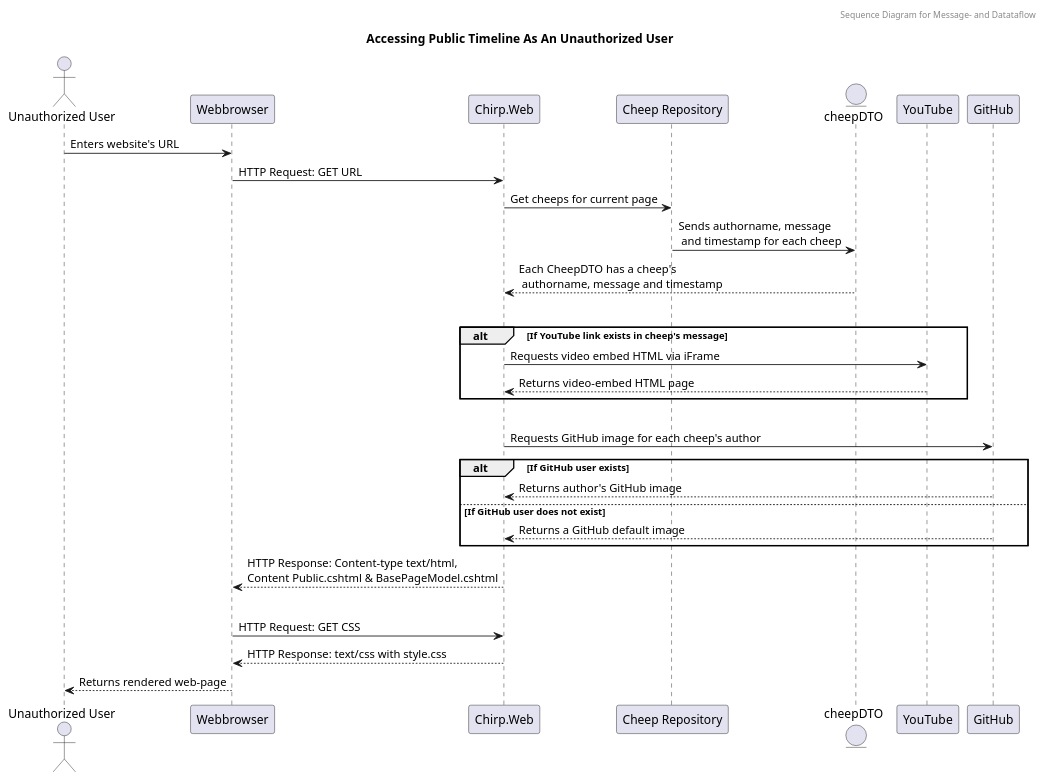
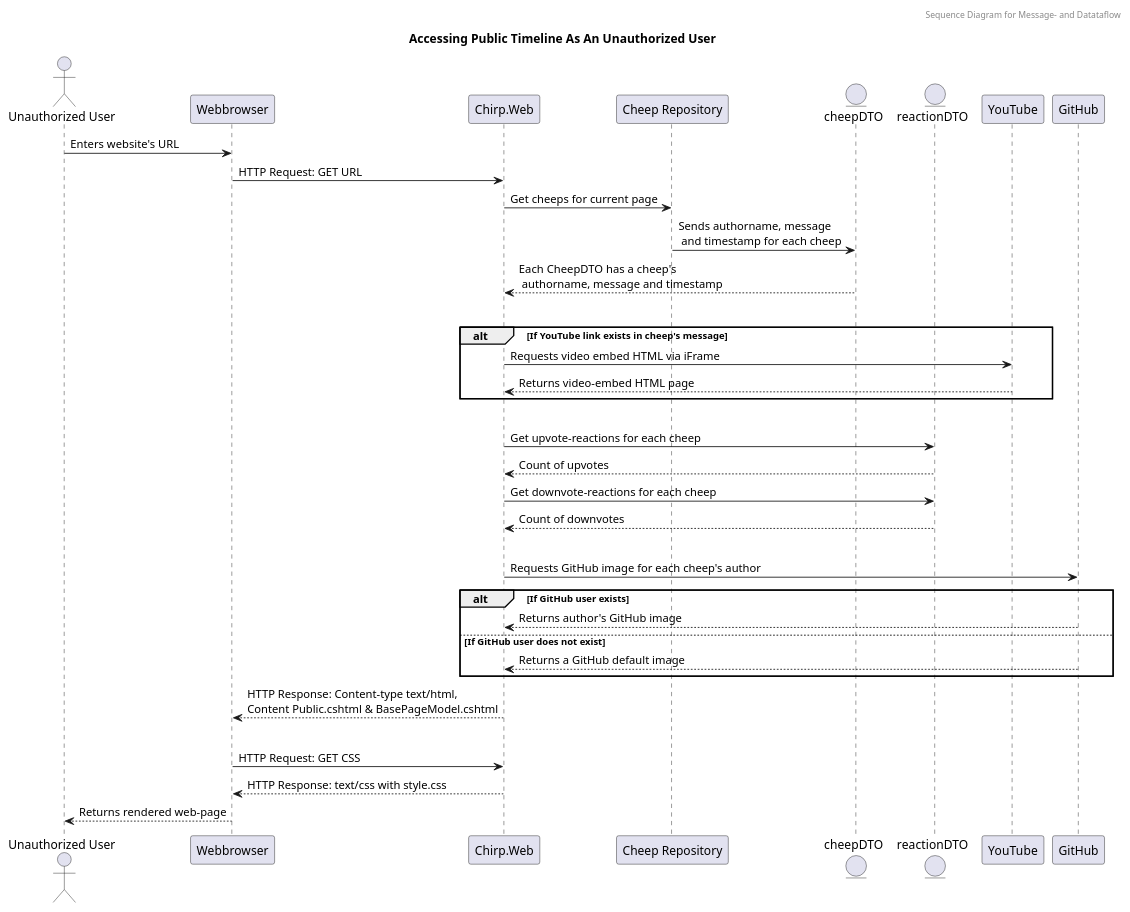
Before and after one commit to ITU-BDSA23-GROUP10/Chirp: the diagram in docs/report_diagrams/UML_sequence_diagrams/msg_data_flow_UML_seq.puml, drawn with PlantUML.

Commit message:
Added reactionDTO figure.

```diff
--- a/docs/report_diagrams/UML_sequence_diagrams/msg_data_flow_UML_seq.puml
+++ b/docs/report_diagrams/UML_sequence_diagrams/msg_data_flow_UML_seq.puml
@@ -1,39 +1,45 @@
 @startuml
 header Sequence Diagram for Message- and Datataflow
 Title Accessing Public Timeline As An Unauthorized User
 
 
 actor "Unauthorized User" as UnauthorizedUser
 participant "Webbrowser" as Browser
 participant "Chirp.Web" as ChirpWeb
 participant "Cheep Repository" as CheepRepo
 entity cheepDTO as CheepDTO
+entity reactionDTO as ReactionDTO
 
 UnauthorizedUser -> Browser: Enters website's URL
 Browser -> ChirpWeb: HTTP Request: GET URL
 
 ChirpWeb -> CheepRepo: Get cheeps for current page
 CheepRepo -> CheepDTO: Sends authorname, message \n and timestamp for each cheep
 CheepDTO --> ChirpWeb: Each CheepDTO has a cheep's \n authorname, message and timestamp
 |||
 alt If YouTube link exists in cheep's message
     ChirpWeb -> YouTube: Requests video embed HTML via iFrame
     YouTube --> ChirpWeb: Returns video-embed HTML page
 end
+|||
+ChirpWeb -> ReactionDTO: Get upvote-reactions for each cheep
+Return Count of upvotes
+ChirpWeb -> ReactionDTO: Get downvote-reactions for each cheep
+Return Count of downvotes
 |||
 
 ChirpWeb -> GitHub: Requests GitHub image for each cheep's author
 alt If GitHub user exists
     GitHub --> ChirpWeb: Returns author's GitHub image
 else If GitHub user does not exist
     GitHub --> ChirpWeb: Returns a GitHub default image
 end
 
 ChirpWeb --> Browser: HTTP Response: Content-type text/html,\nContent Public.cshtml & BasePageModel.cshtml
 |||
 
 Browser -> ChirpWeb: HTTP Request: GET CSS
 ChirpWeb --> Browser: HTTP Response: text/css with style.css
 
 Browser --> UnauthorizedUser: Returns rendered web-page
 @enduml
```
